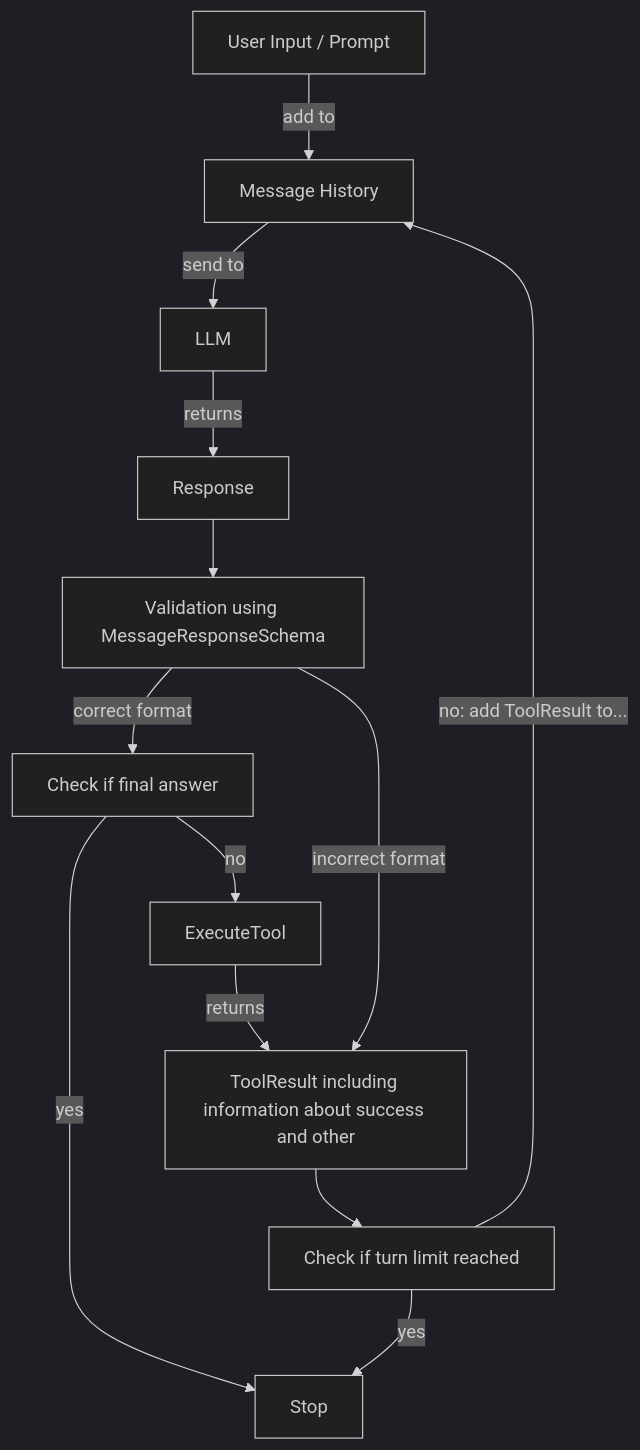
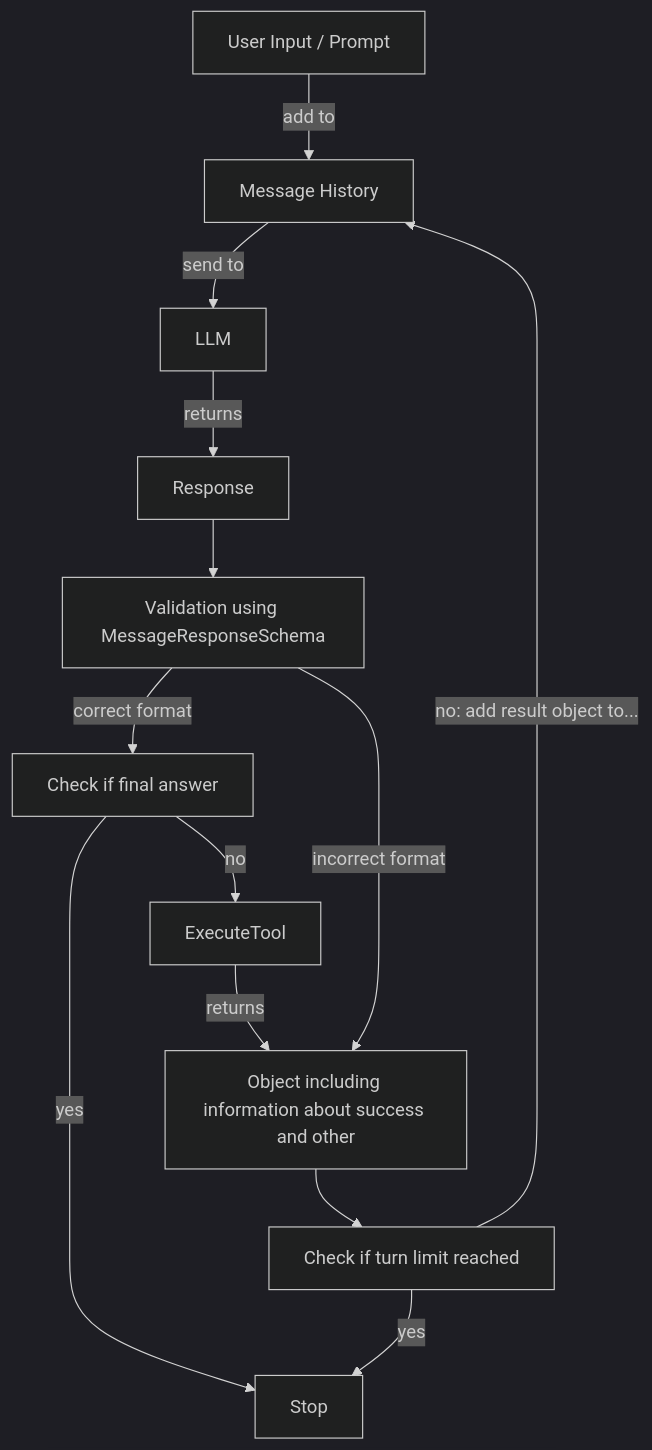
Before and after one commit to mqrv-mckl/react-agent-ts: the diagram in README.md, drawn with Mermaid (dark theme). The commit also changed 4 other files, not shown here.

Commit message:
completely removed ToolResult type since it wasn't really required

````diff
--- a/README.md
+++ b/README.md
@@ -27,9 +27,9 @@
 ```mermaid
 flowchart
     IN[User Input / Prompt] -->|add to| MH[Message History] -->|send to| LLM -->|returns| Res[Response] --> V[Validation using MessageResponseSchema]
     V -->|correct format| CheckFinal[Check if final answer] -->|yes| Stop
-    CheckFinal -->|no| Exec[ExecuteTool] -->|returns| ToolResult[ToolResult including information about success and other]
-    V -->|incorrect format| ToolResult
-    ToolResult --> LastAnsw[Check if turn limit reached] -->|yes| Stop
-    LastAnsw -->|no: add ToolResult to...| MH
+    CheckFinal -->|no| Exec[ExecuteTool] -->|returns| Result[Object including information about success and other]
+    V -->|incorrect format| Result
+    Result --> LastAnsw[Check if turn limit reached] -->|yes| Stop
+    LastAnsw -->|no: add result object to...| MH
 ```
````
